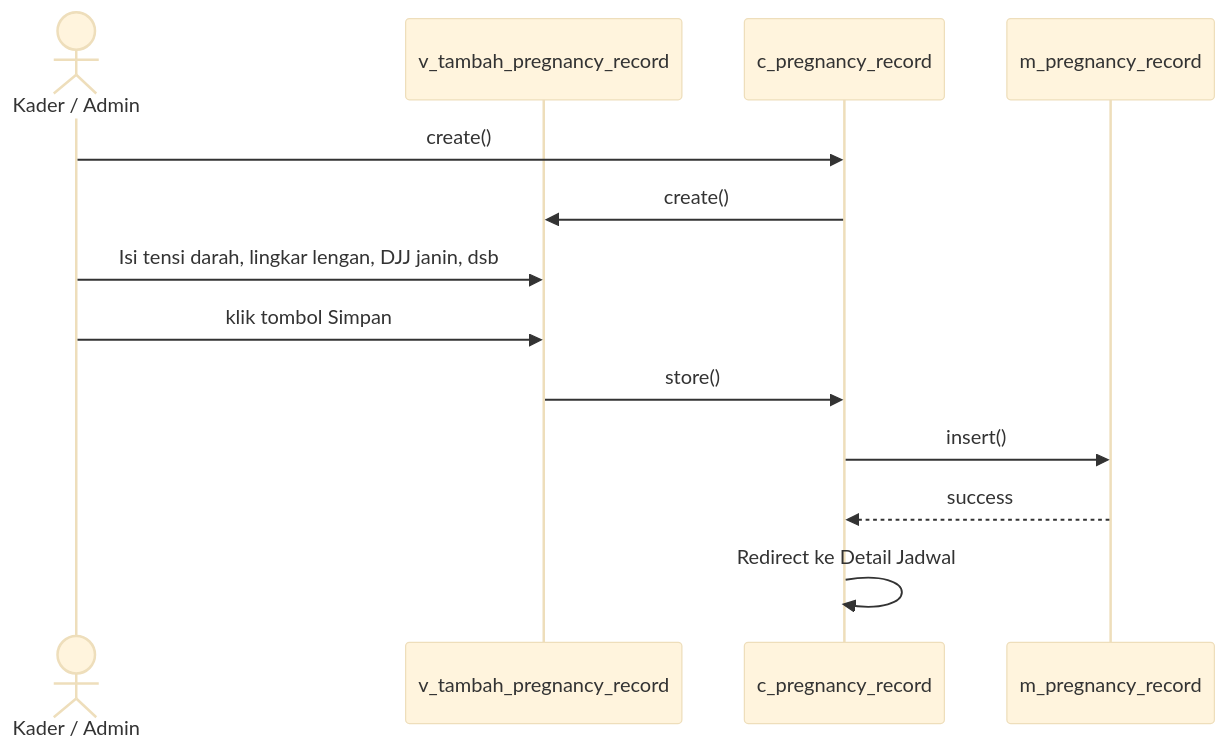
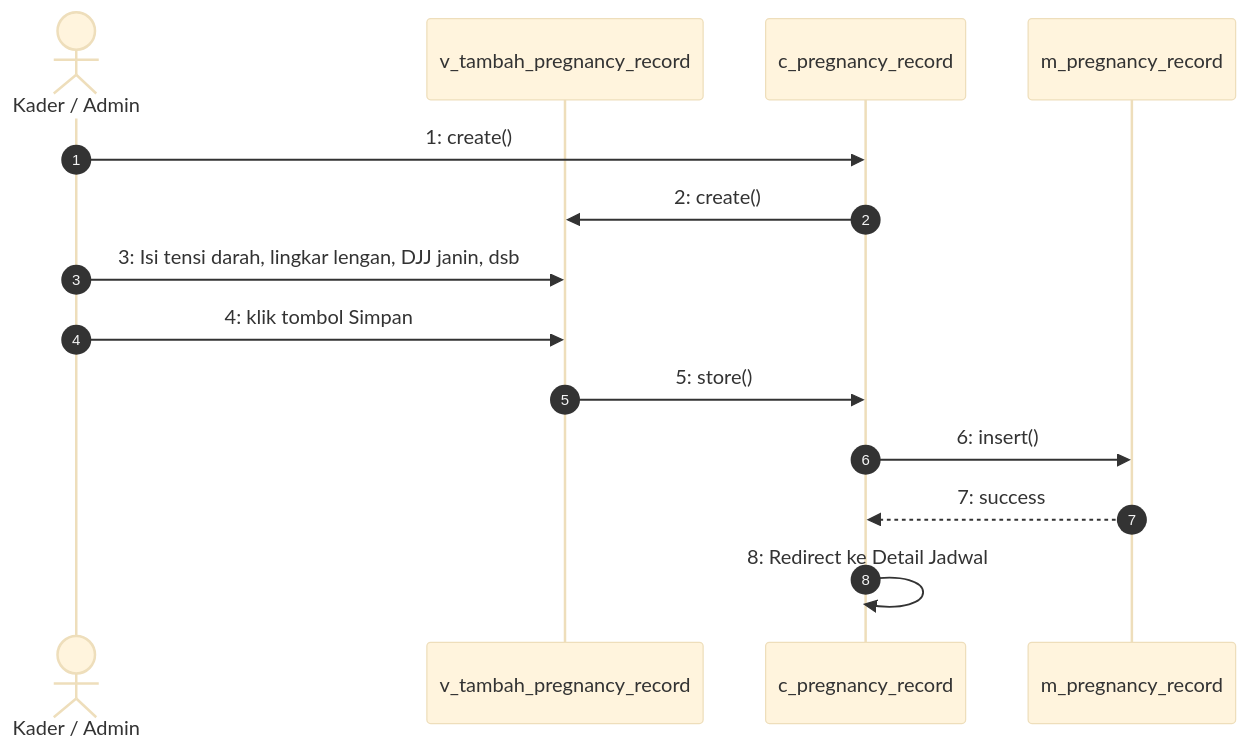
Before and after one commit to ahmadsanny2/posyandu-app: diagram 15 of 16 in plan-diagram.md, drawn with Mermaid (base theme). The commit also changed other lines of this file, not shown here.

Commit message:
docs: add sequence diagram autonumbering and manual labels

````diff
--- a/plan-diagram.md
+++ b/plan-diagram.md
@@ -593,16 +601,17 @@
 ```mermaid
 sequenceDiagram
+    autonumber
     actor Kader as Kader / Admin
     participant Boundary as v_tambah_pregnancy_record
     participant Control as c_pregnancy_record
     participant Entity as m_pregnancy_record
 
-    Kader->>Control: create()
-    Control->>Boundary: create()
-    Kader->>Boundary: Isi tensi darah, lingkar lengan, DJJ janin, dsb
-    Kader->>Boundary: klik tombol Simpan
-    Boundary->>Control: store()
-    Control->>Entity: insert()
-    Entity-->>Control: success
-    Control->>Control: Redirect ke Detail Jadwal
+    Kader->>Control: 1: create()
+    Control->>Boundary: 2: create()
+    Kader->>Boundary: 3: Isi tensi darah, lingkar lengan, DJJ janin, dsb
+    Kader->>Boundary: 4: klik tombol Simpan
+    Boundary->>Control: 5: store()
+    Control->>Entity: 6: insert()
+    Entity-->>Control: 7: success
+    Control->>Control: 8: Redirect ke Detail Jadwal
 ```
````
